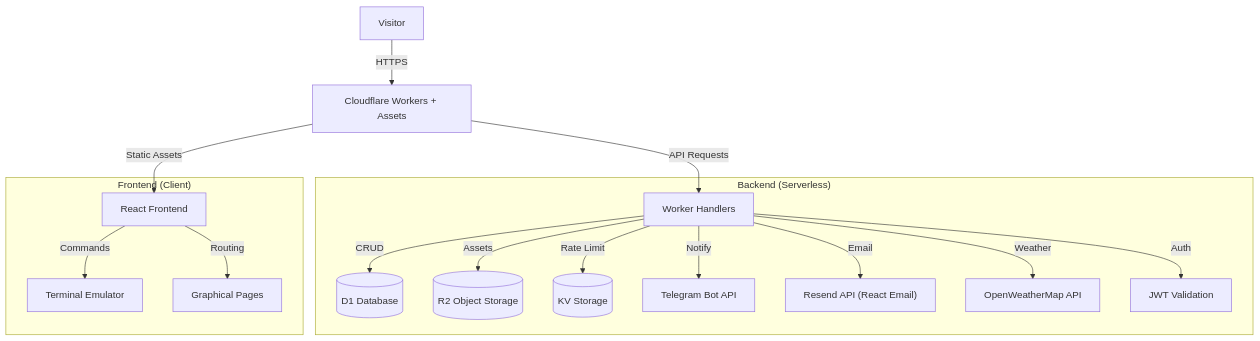
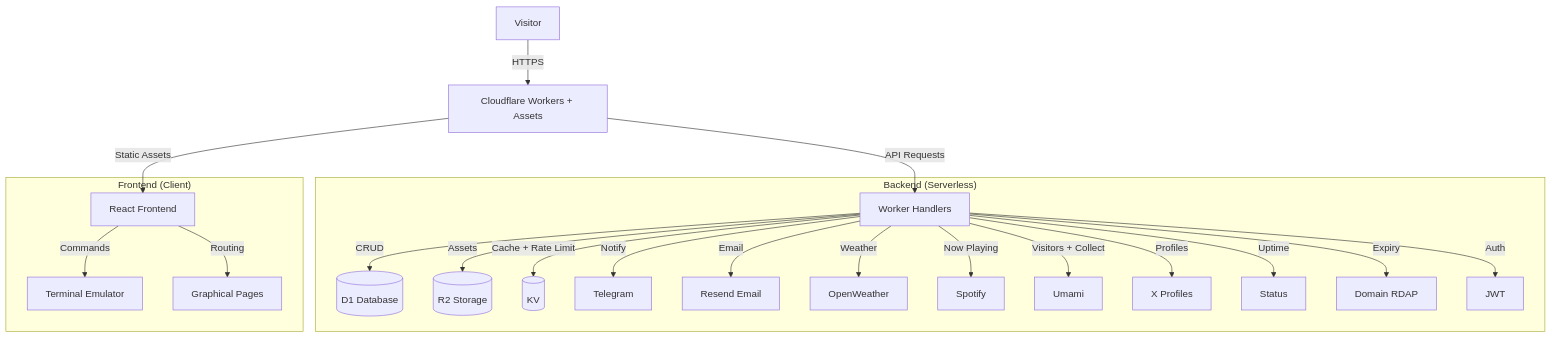
The first of 3 diagrams in docs/architecture.md (aphf/bweb), drawn with Mermaid before and after one commit. The commit also changed other lines of this file and 12 other files, not shown here.

````diff
--- a/docs/architecture.md
+++ b/docs/architecture.md
@@ -9,21 +9,26 @@
 ```mermaid
 graph TD
     User[Visitor] -->|HTTPS| CF[Cloudflare Workers + Assets]
     CF -->|Static Assets| Frontend[React Frontend]
     CF -->|API Requests| Functions[Worker Handlers]
     
     subgraph "Backend (Serverless)"
         Functions -->|CRUD| D1[(D1 Database)]
-        Functions -->|Assets| R2[(R2 Object Storage)]
-        Functions -->|Rate Limit| KV[(KV Storage)]
-        Functions -->|Notify| Telegram[Telegram Bot API]
-        Functions -->|Email| Resend["Resend API (React Email)"]
-        Functions -->|Weather| OpenWeather[OpenWeatherMap API]
-        Functions -->|Auth| JWT[JWT Validation]
+        Functions -->|Assets| R2[(R2 Storage)]
+        Functions -->|Cache + Rate Limit| KV[(KV)]
+        Functions -->|Notify| Telegram[Telegram]
+        Functions -->|Email| Resend[Resend Email]
+        Functions -->|Weather| OpenWeather[OpenWeather]
+        Functions -->|Now Playing| Spotify[Spotify]
+        Functions -->|Visitors + Collect| Umami[Umami]
+        Functions -->|Profiles| XAPI[X Profiles]
+        Functions -->|Uptime| StatusAPI[Status]
+        Functions -->|Expiry| RDAP["Domain RDAP"]
+        Functions -->|Auth| JWT[JWT]
     end
     
     subgraph "Frontend (Client)"
         Frontend -->|Commands| Terminal[Terminal Emulator]
         Frontend -->|Routing| UI[Graphical Pages]
     end
 ```
````
